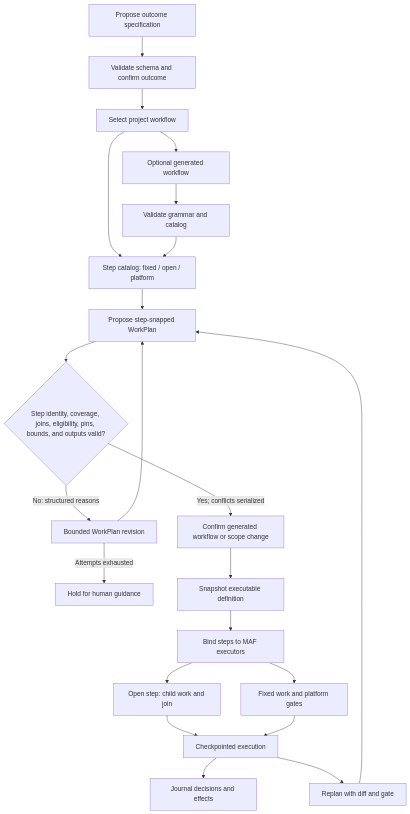
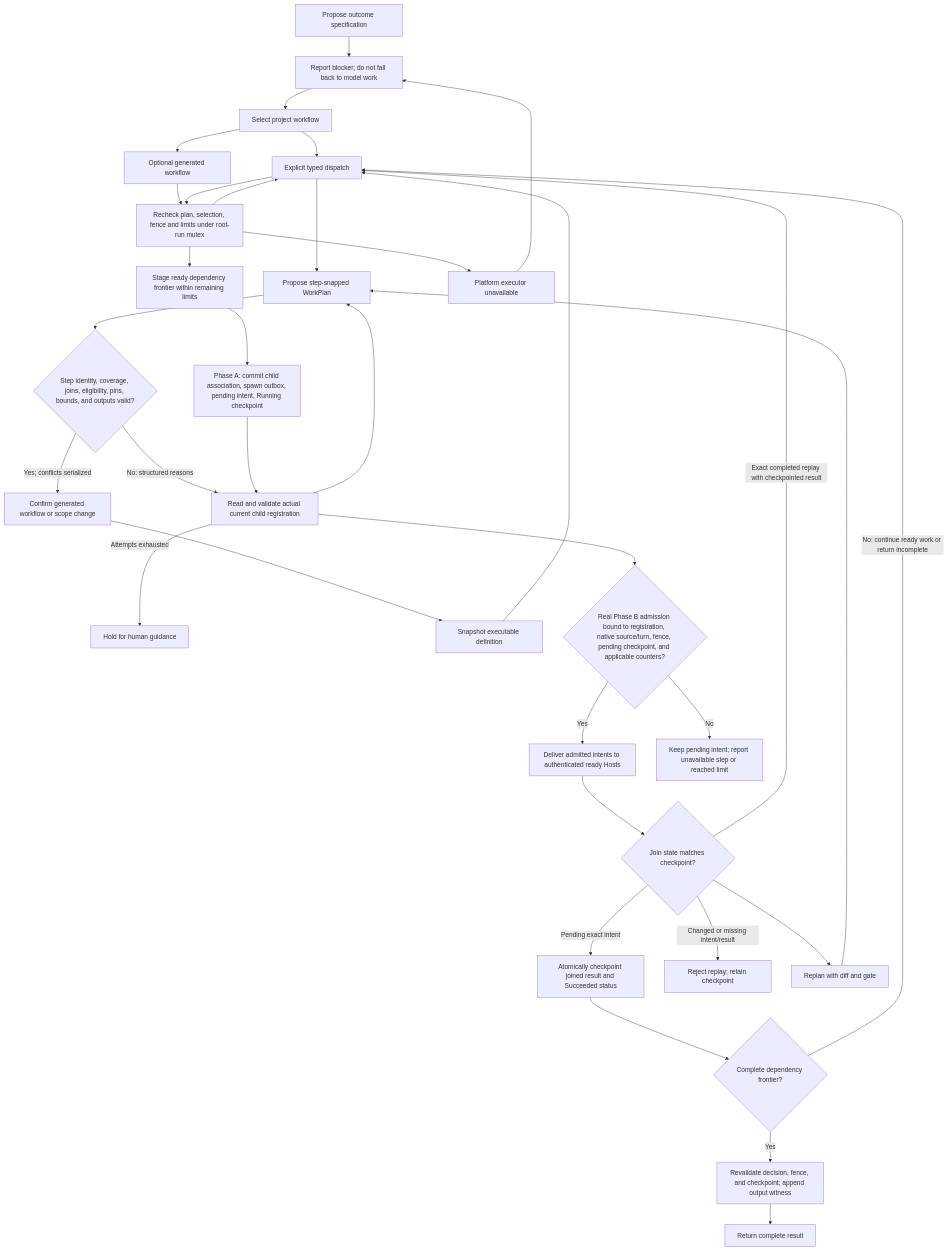
Before and after one commit to sabbour/agentweaver: the diagram in docs/architecture/design/orchestration.md, drawn with Mermaid. The commit also changed other lines of this file and 97 other files, not shown here.

First line of the commit message:
feat(orchestrator): add bounded MAF execution

````diff
--- a/docs/architecture/design/orchestration.md
+++ b/docs/architecture/design/orchestration.md
@@ -223,24 +312,36 @@
 ```mermaid
 flowchart TD
     A["Propose outcome specification"] --> B["Validate schema and confirm outcome"]
     B --> C["Select project workflow"]
     C --> D["Step catalog: fixed / open / platform"]
     C --> E["Optional generated workflow"]
     E --> F["Validate grammar and catalog"]
     F --> D
     D --> G["Propose step-snapped WorkPlan"]
     G -->     V{"Step identity, coverage, joins, eligibility, pins, bounds, and outputs valid?"}
     V -->|"No: structured reasons"| R["Bounded WorkPlan revision"]
     R --> G
     R -->|"Attempts exhausted"| Z["Hold for human guidance"]
     V -->|"Yes; conflicts serialized"| H["Confirm generated workflow or scope change"]
     H --> S["Snapshot executable definition"]
-    S --> M["Bind steps to MAF executors"]
-    M --> O["Open step: child work and join"]
-    M --> T["Fixed work and platform gates"]
-    O --> X["Checkpointed execution"]
-    T --> X
-    X --> J["Journal decisions and effects"]
-    X --> Y["Replan with diff and gate"]
+    S --> D["Explicit typed dispatch"]
+    D -->     F["Recheck plan, selection, fence and limits under root-run mutex"]
+    F --> O["Stage ready dependency frontier within remaining limits"]
+    O --> X["Phase A: commit child association, spawn outbox, pending intent, Running checkpoint"]
+    X --> R["Read and validate actual current child registration"]
+    R --> W{"Real Phase B admission bound to registration, native source/turn, fence, pending checkpoint, and applicable counters?"}
+    W -->|"Yes"| M["Deliver admitted intents to authenticated ready Hosts"]
+    W -->|"No"| L["Keep pending intent; report unavailable step or reached limit"]
+    M --> J{"Join state matches checkpoint?"}
+    J -->|"Pending exact intent"| K["Atomically checkpoint joined result and Succeeded status"]
+    K --> CompleteFrontier{"Complete dependency frontier?"}
+    CompleteFrontier -->|"No: continue ready work or return incomplete"| D
+    CompleteFrontier -->|"Yes"| AppendOutputWitness["Revalidate decision, fence, and checkpoint; append output witness"]
+    AppendOutputWitness --> CompleteResponse["Return complete result"]
+    J -->|"Exact completed replay with checkpointed result"| D
+    J -->|"Changed or missing intent/result"| Rj["Reject replay; retain checkpoint"]
+    F --> T["Platform executor unavailable"]
+    T --> B["Report blocker; do not fall back to model work"]
+    J --> Y["Replan with diff and gate"]
     Y --> G
 ```
````
